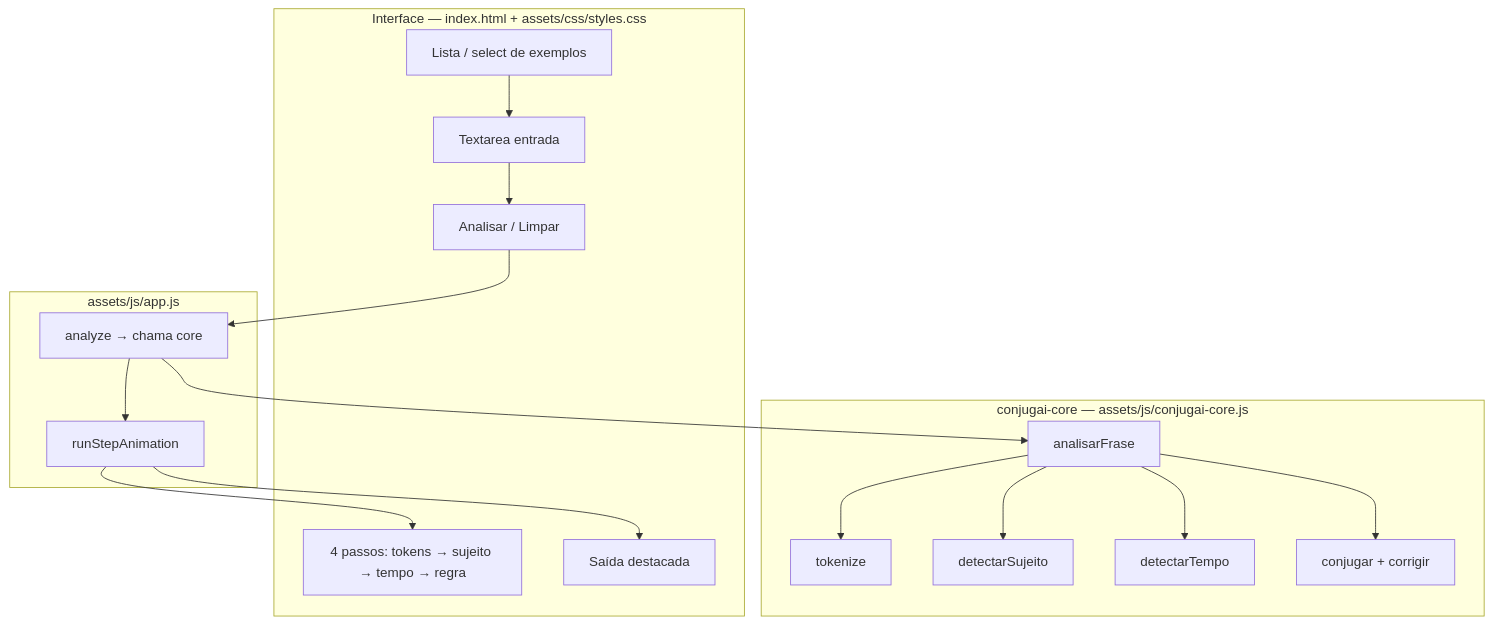
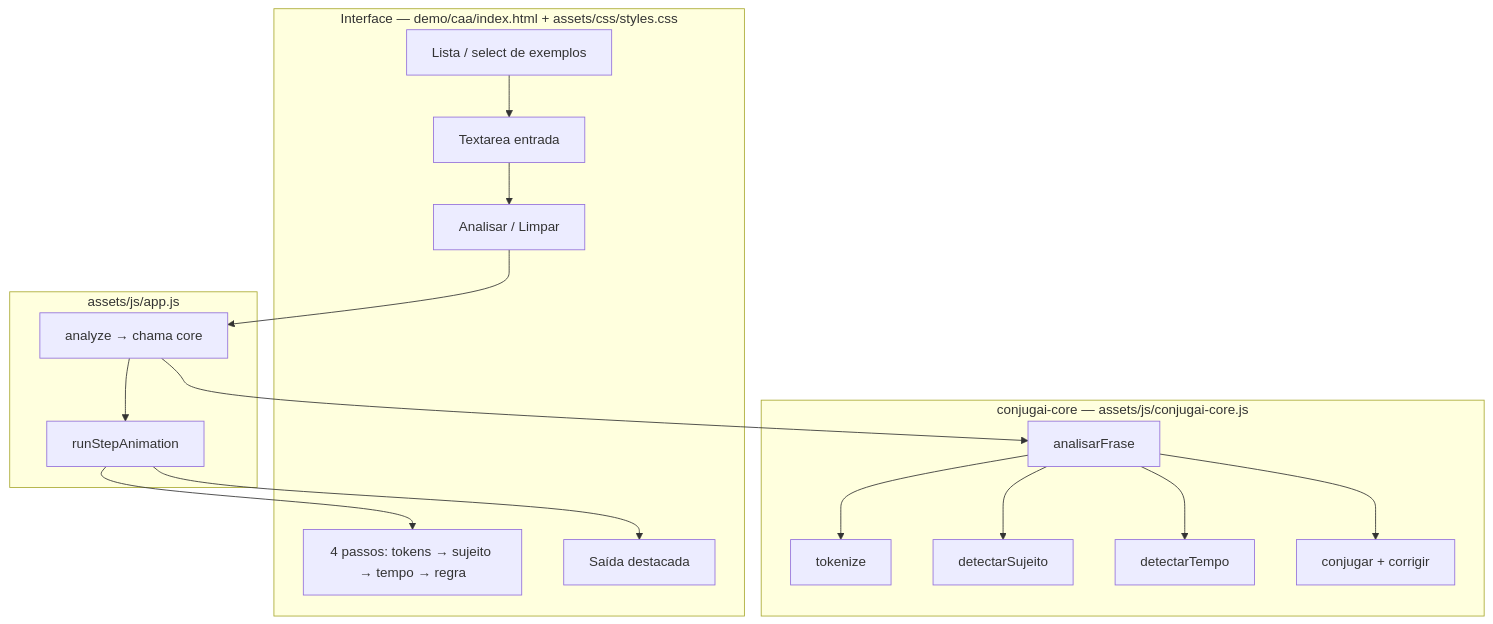
The fifth of 6 diagrams in docs/diagrama.md (aac-ai-lab/conjug.ai), drawn with Mermaid before and after one commit. The commit also changed other lines of this file and 5 other files, not shown here.

First line of the commit message:
Atualiza diagramas e documentação para maior clareza

````diff
--- a/docs/diagrama.md
+++ b/docs/diagrama.md
@@ -71,35 +75,35 @@
 ```mermaid
 flowchart TB
-  subgraph ui["Interface — index.html + assets/css/styles.css"]
+  subgraph ui["Interface — demo/caa/index.html + assets/css/styles.css"]
     ASIDE[Lista / select de exemplos]
     IN[Textarea entrada]
     BTN[Analisar / Limpar]
     STEPS[4 passos: tokens → sujeito → tempo → regra]
     OUT[Saída destacada]
   end
 
   subgraph core["conjugai-core — assets/js/conjugai-core.js"]
     AF[analisarFrase]
     TOK[tokenize]
     SUB[detectarSujeito]
     TMP[detectarTempo]
     CJ[conjugar + corrigir]
   end
 
   subgraph app["assets/js/app.js"]
     AN[analyze → chama core]
     ANIM[runStepAnimation]
   end
 
   ASIDE --> IN
   IN --> BTN
   BTN --> AN
   AN --> AF
   AF --> TOK
   AF --> SUB
   AF --> TMP
   AF --> CJ
   AN --> ANIM
   ANIM --> STEPS
   ANIM --> OUT
 ```
````
